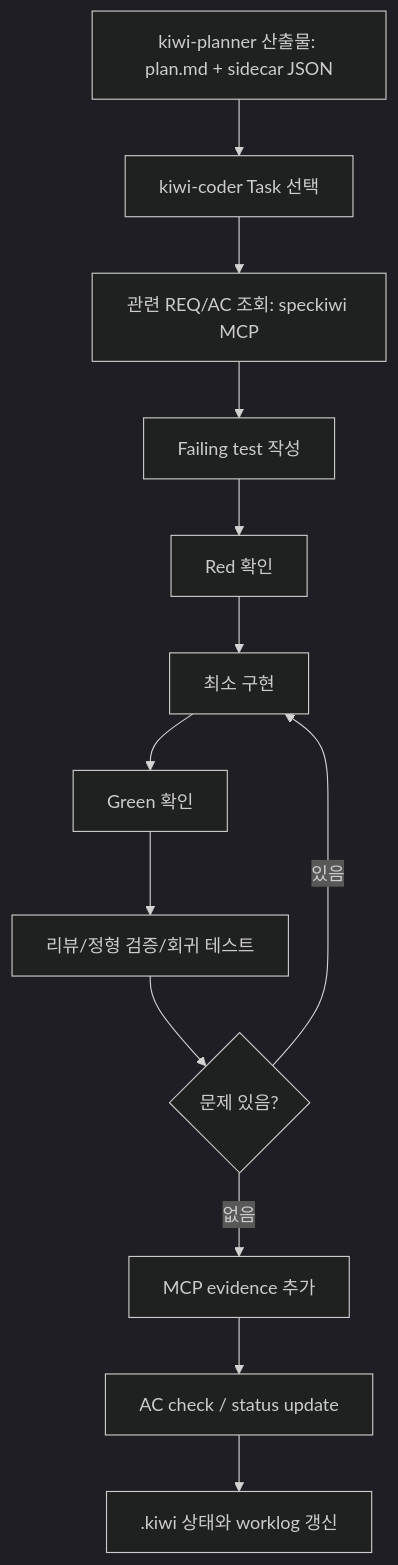
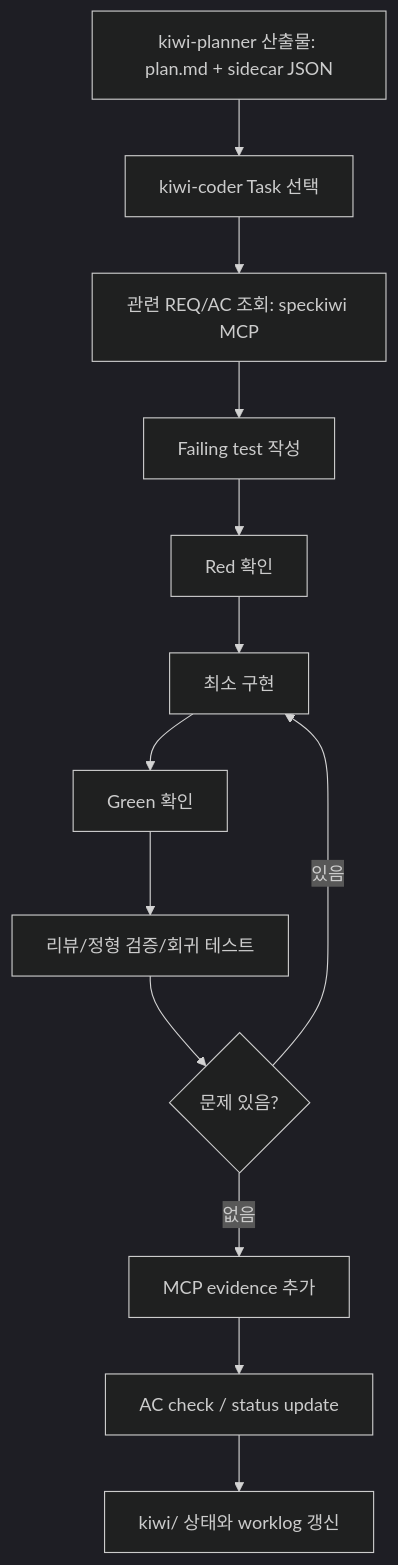
The fourth of 4 diagrams in README.md (Snoworca/speckiwi), drawn with Mermaid (dark theme) before and after one commit. The commit also changed other lines of this file and 47 other files, not shown here.

First line of the commit message:
feat(mcp,flow): 워크트리 루트를 열고 문서 검증을 기계로 옮긴다

````diff
--- a/README.md
+++ b/README.md
@@ -856,15 +974,15 @@
 ```mermaid
 flowchart TD
     A["kiwi-planner 산출물: plan.md + sidecar JSON"] --> B["kiwi-coder Task 선택"]
     B --> C["관련 REQ/AC 조회: speckiwi MCP"]
     C --> D["Failing test 작성"]
     D --> E["Red 확인"]
     E --> F["최소 구현"]
     F --> G["Green 확인"]
     G --> H["리뷰/정형 검증/회귀 테스트"]
     H --> I{"문제 있음?"}
     I -->|있음| F
     I -->|없음| J["MCP evidence 추가"]
     J --> K["AC check / status update"]
-    K --> L[".kiwi 상태와 worklog 갱신"]
+    K --> L["kiwi/ 상태와 worklog 갱신"]
 ```
````
